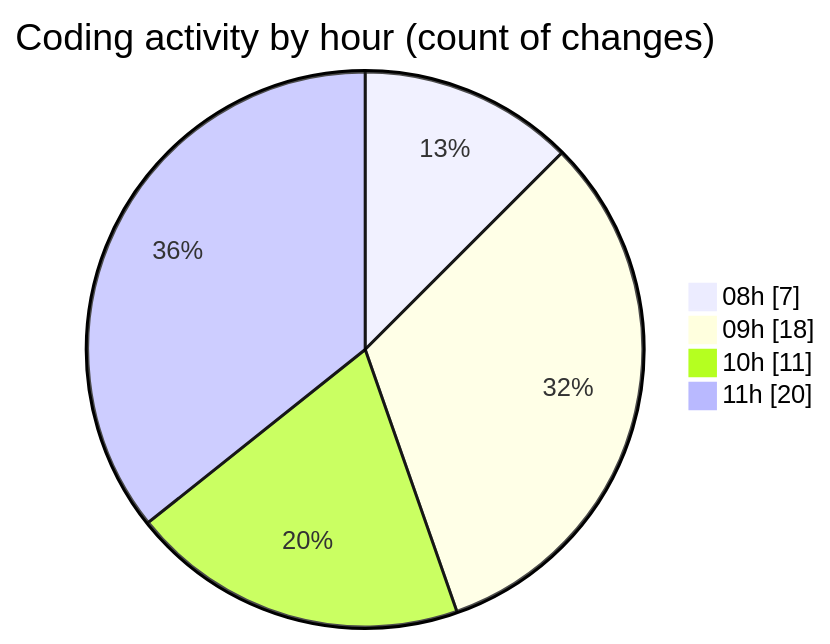
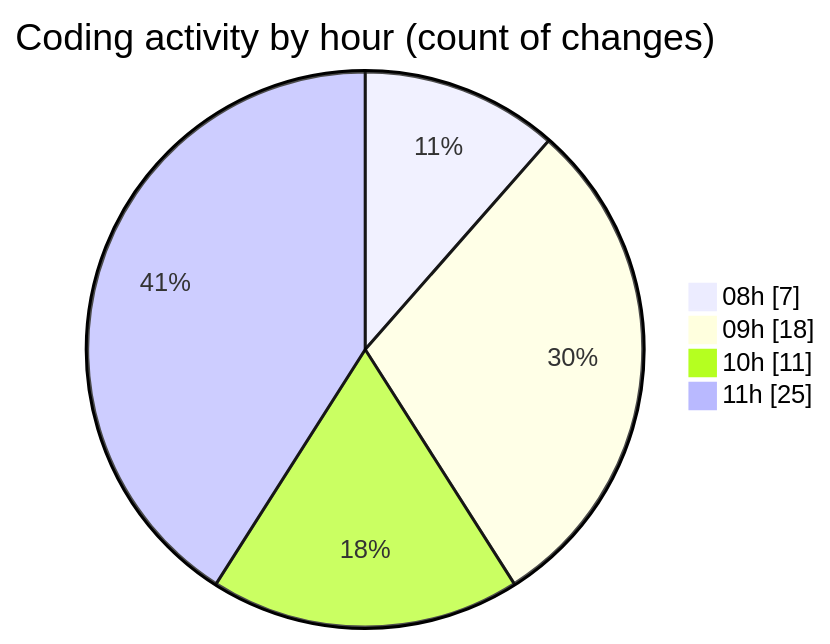
Before and after one commit to momahboobian/code-tracking: the second of 2 diagrams in 2025-11-11/cda/README.md, drawn with Mermaid. The commit also changed other lines of this file and 1 other file, not shown here.

````diff
--- a/2025-11-11/cda/README.md
+++ b/2025-11-11/cda/README.md
@@ -34,8 +34,8 @@
 ```mermaid
 pie showData
 title Coding activity by hour (count of changes)
 "08h" : 7
 "09h" : 18
 "10h" : 11
-"11h" : 20
+"11h" : 25
 ```
````
